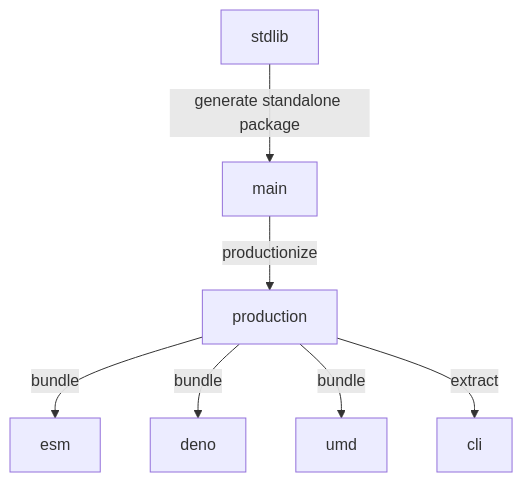
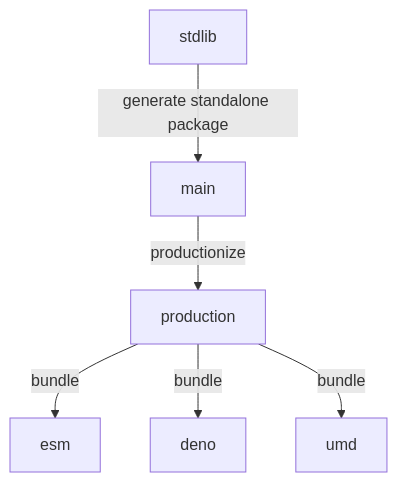
The diagram in branches.md (stdlib-js/string-base-replace-before), drawn with Mermaid before and after one commit. The commit also changed other lines of this file and 16 other files, not shown here.

````diff
--- a/branches.md
+++ b/branches.md
@@ -34,17 +33,15 @@
 ```mermaid
 graph TD;
 A[stdlib]-->|generate standalone package|B;
 B[main] -->|productionize| C[production];
 C -->|bundle| D[esm];
 C -->|bundle| E[deno];
 C -->|bundle| F[umd];
-C -->|extract| G[cli];
 
 %% click A href "https://github.com/stdlib-js/stdlib/tree/develop/lib/node_modules/%40stdlib/string/base/replace-before"
 %% click B href "https://github.com/stdlib-js/string-base-replace-before/tree/main"
 %% click C href "https://github.com/stdlib-js/string-base-replace-before/tree/production"
 %% click D href "https://github.com/stdlib-js/string-base-replace-before/tree/esm"
 %% click E href "https://github.com/stdlib-js/string-base-replace-before/tree/deno"
 %% click F href "https://github.com/stdlib-js/string-base-replace-before/tree/umd"
-%% click G href "https://github.com/stdlib-js/string-base-replace-before/tree/cli"
 ```
````
